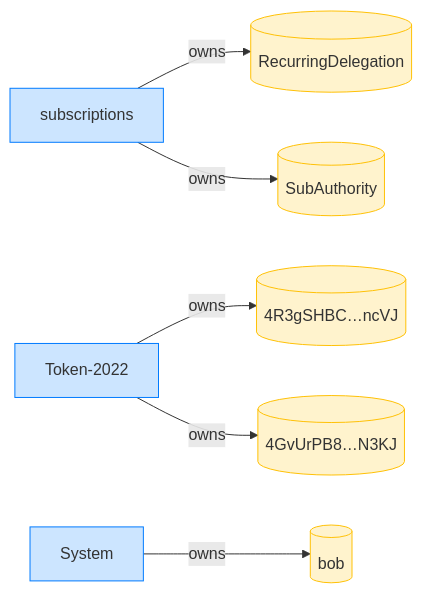
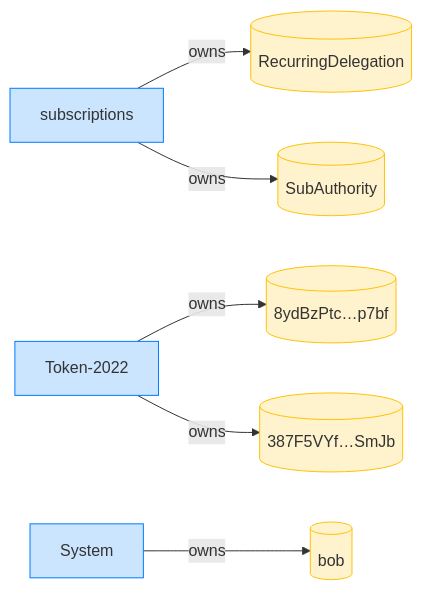
One commit to cds-rs/subscriptions changed diagram 12 of 12 in dsl_tests/recurring-transfer-over-a-token-2022-transfer-fee-mint.md. Above: the diagram before and after it, drawn with Mermaid. The commit also changed other lines of this file and 224 other files, not shown here.

````diff
--- a/dsl_tests/recurring-transfer-over-a-token-2022-transfer-fee-mint.md
+++ b/dsl_tests/recurring-transfer-over-a-token-2022-transfer-fee-mint.md
@@ -235,18 +249,18 @@
 ```mermaid
 flowchart LR
     classDef owner fill:#cce5ff,stroke:#007bff;
     classDef account fill:#fff3cd,stroke:#ffc107;
     subscriptions[subscriptions]:::owner
     RecurringDelegation[(RecurringDelegation)]:::account
     SubAuthority[(SubAuthority)]:::account
     Token_2022["Token-2022"]:::owner
-    4R3gSHBC_ncVJ[("4R3gSHBC…ncVJ")]:::account
-    4GvUrPB8_N3KJ[("4GvUrPB8…N3KJ")]:::account
+    8ydBzPtc_p7bf[("8ydBzPtc…p7bf")]:::account
+    387F5VYf_SmJb[("387F5VYf…SmJb")]:::account
     System[System]:::owner
     bob[(bob)]:::account
     subscriptions -->|owns| RecurringDelegation
     subscriptions -->|owns| SubAuthority
-    Token_2022 -->|owns| 4R3gSHBC_ncVJ
-    Token_2022 -->|owns| 4GvUrPB8_N3KJ
+    Token_2022 -->|owns| 8ydBzPtc_p7bf
+    Token_2022 -->|owns| 387F5VYf_SmJb
     System -->|owns| bob
 ```
````
